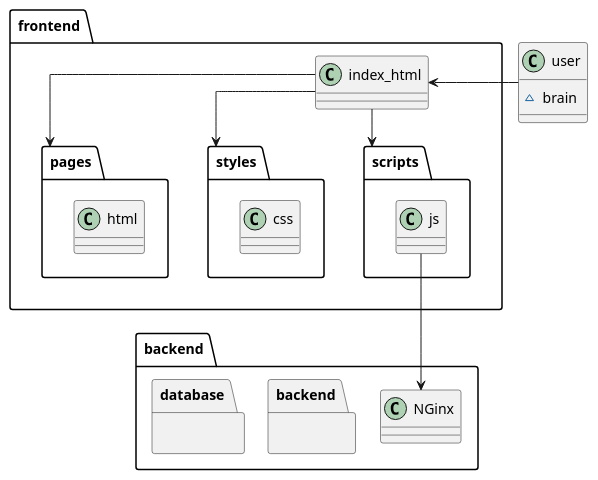
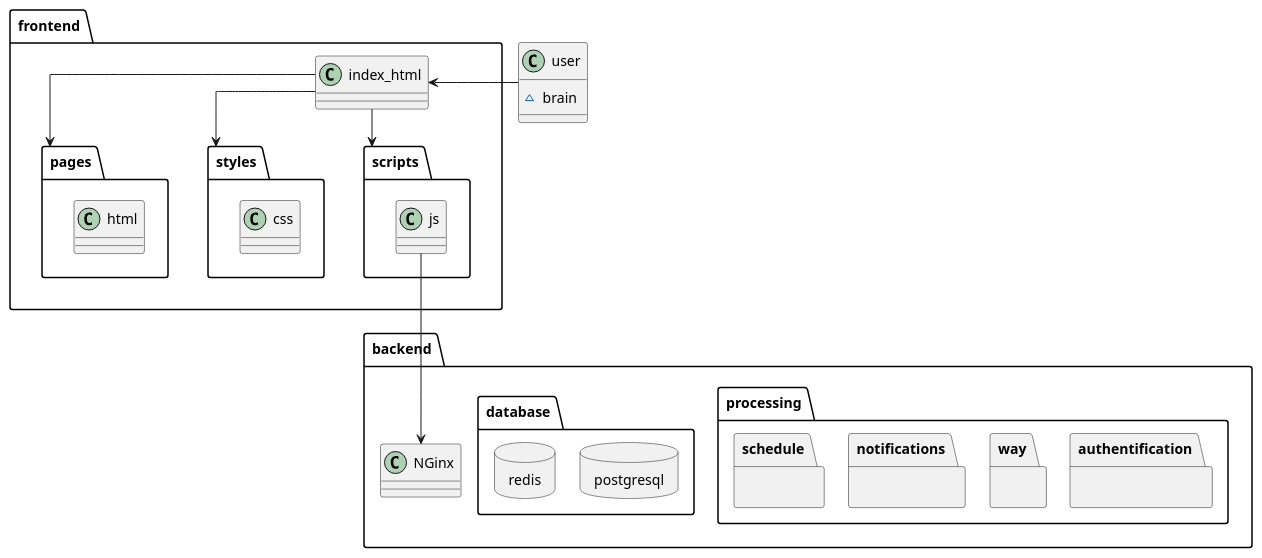
One commit to SkotnikovViktor/NNGASU_Services_Project changed the diagram in scheme.puml. Above: the diagram before and after it, drawn with PlantUML.

```diff
--- a/scheme.puml
+++ b/scheme.puml
@@ -1,53 +1,64 @@
 @startuml
 skinparam linetype ortho
 allowmixing
 
 skinparam nodesep 24
 skinparam ranksep 10
 skinparam padding 4
 
 class user {
 ~ brain
 }
 
 ' === BACKEND ===
 package "backend" as back_part <<Folder>> {
   class NGinx {}
 
-  package backend {}
-  package database {}
+  package processing {
+    package authentification {}
+    package way {}
+    package notifications {}
+    package schedule {}
+  }
+
+  package database {
+    database postgresql {
+    }
+
+    database redis {
+    }
+  }
 }
 
 ' === FRONTEND ===
 package "frontend" as front_part <<Folder>> {
  package pages {
   class html {}
  }
 
  package styles {
   class css {}
  }
 
  package scripts {
   class js {}
  }
 
  class index_html {}
 }
 
 ' === DEPENDENCIES ===
 user -left--> index_html
 
 index_html --> pages
 index_html --> styles
 index_html --> scripts
 
 
 js --> NGinx
 
 ' === HIDDEN ===
 js -[hidden]right- index_html
 
 ' === NOTES ===
-
 @enduml
```
